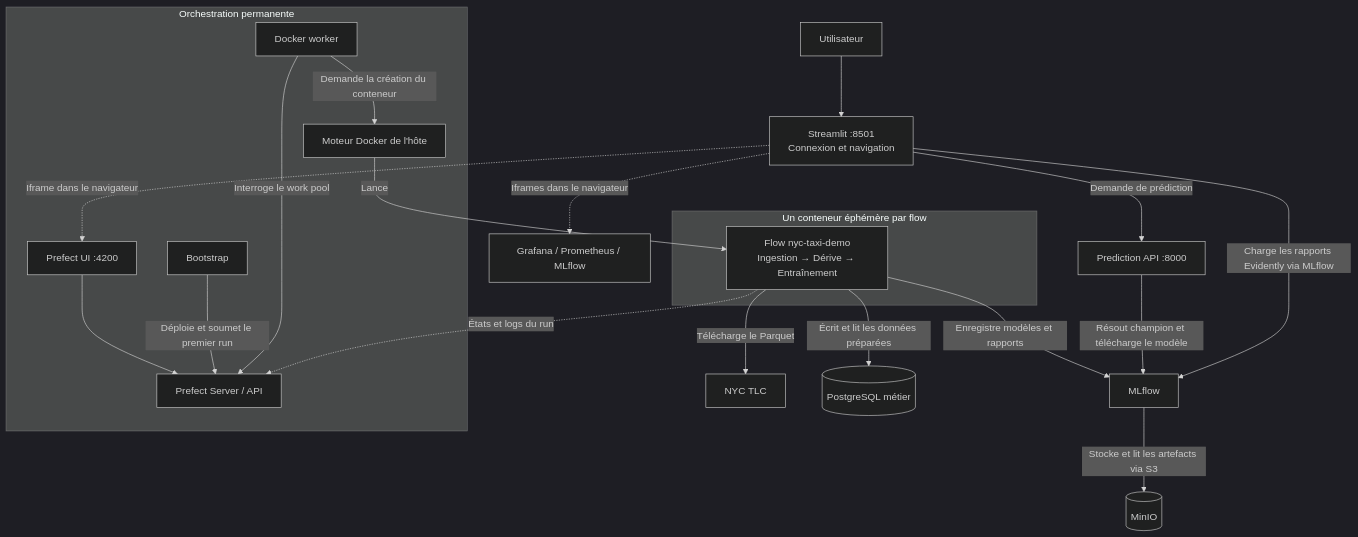
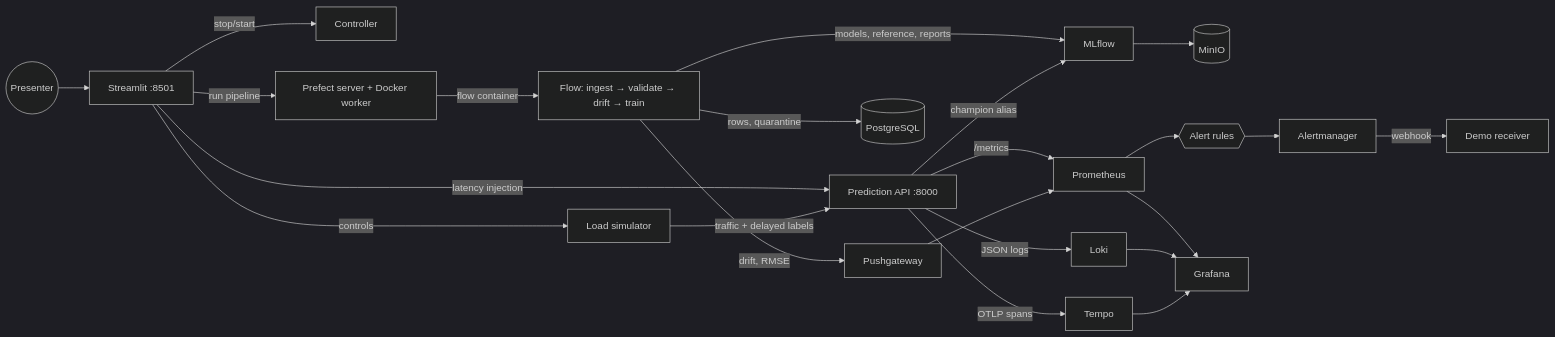
One commit to ssime-git/mc_4_monitoring_observability_nyc_taxi changed the first of 4 diagrams in README.md. Above: the diagram before and after it, drawn with Mermaid (dark theme). The commit also changed other lines of this file, not shown here.

````diff
--- a/README.md
+++ b/README.md
@@ -107,24 +74,21 @@
 ```mermaid
-flowchart TB
-    User[Utilisateur] --> Portal["Streamlit :8501<br/>Connexion et navigation"]
-    Portal -->|Demande de prédiction| API["Prediction API :8000"]
-    Portal -.->|Iframe dans le navigateur| UI["Prefect UI :4200"]
-    Portal -.->|Iframes dans le navigateur| Views["Grafana / Prometheus / MLflow"]
-    subgraph Control[Orchestration permanente]
-        UI --> Server[Prefect Server / API]
-        Boot[Bootstrap] -->|Déploie et soumet le premier run| Server
-        Worker[Docker worker] -->|Interroge le work pool| Server
-        Worker -->|Demande la création du conteneur| Docker[Moteur Docker de l'hôte]
-    end
-    subgraph Execution[Un conteneur éphémère par flow]
-        Flow["Flow nyc-taxi-demo<br/>Ingestion → Dérive → Entraînement"]
-    end
-    Docker -->|Lance| Flow
-    Flow -->|Télécharge le Parquet| TLC[NYC TLC]
-    Flow -->|Écrit et lit les données préparées| DB[(PostgreSQL métier)]
-    Flow -->|Enregistre modèles et rapports| ML[MLflow]
-    ML -->|Stocke et lit les artefacts via S3| S3[(MinIO)]
-    API -->|Résout champion et télécharge le modèle| ML
-    Flow -.->|États et logs du run| Server
-    Portal -->|Charge les rapports Evidently via MLflow| ML
+flowchart LR
+    User((Presenter)) --> Portal["Streamlit :8501"]
+    Portal -->|controls| Sim[Load simulator]
+    Portal -->|latency injection| API
+    Portal -->|stop/start| Ctl[Controller]
+    Portal -->|run pipeline| Prefect
+    Sim -->|traffic + delayed labels| API["Prediction API :8000"]
+    API -->|/metrics| Prom[Prometheus]
+    API -->|JSON logs| Loki
+    API -->|OTLP spans| Tempo
+    Prefect["Prefect server + Docker worker"] -->|flow container| Flow["Flow: ingest → validate → drift → train"]
+    Flow -->|rows, quarantine| PG[(PostgreSQL)]
+    Flow -->|models, reference, reports| MLflow --> MinIO[(MinIO)]
+    Flow -->|drift, RMSE| Push[Pushgateway] --> Prom
+    API -->|champion alias| MLflow
+    Prom --> Rules{{Alert rules}} --> AM[Alertmanager] -->|webhook| Hook[Demo receiver]
+    Prom --> Graf[Grafana]
+    Loki --> Graf
+    Tempo --> Graf
 ```
````
